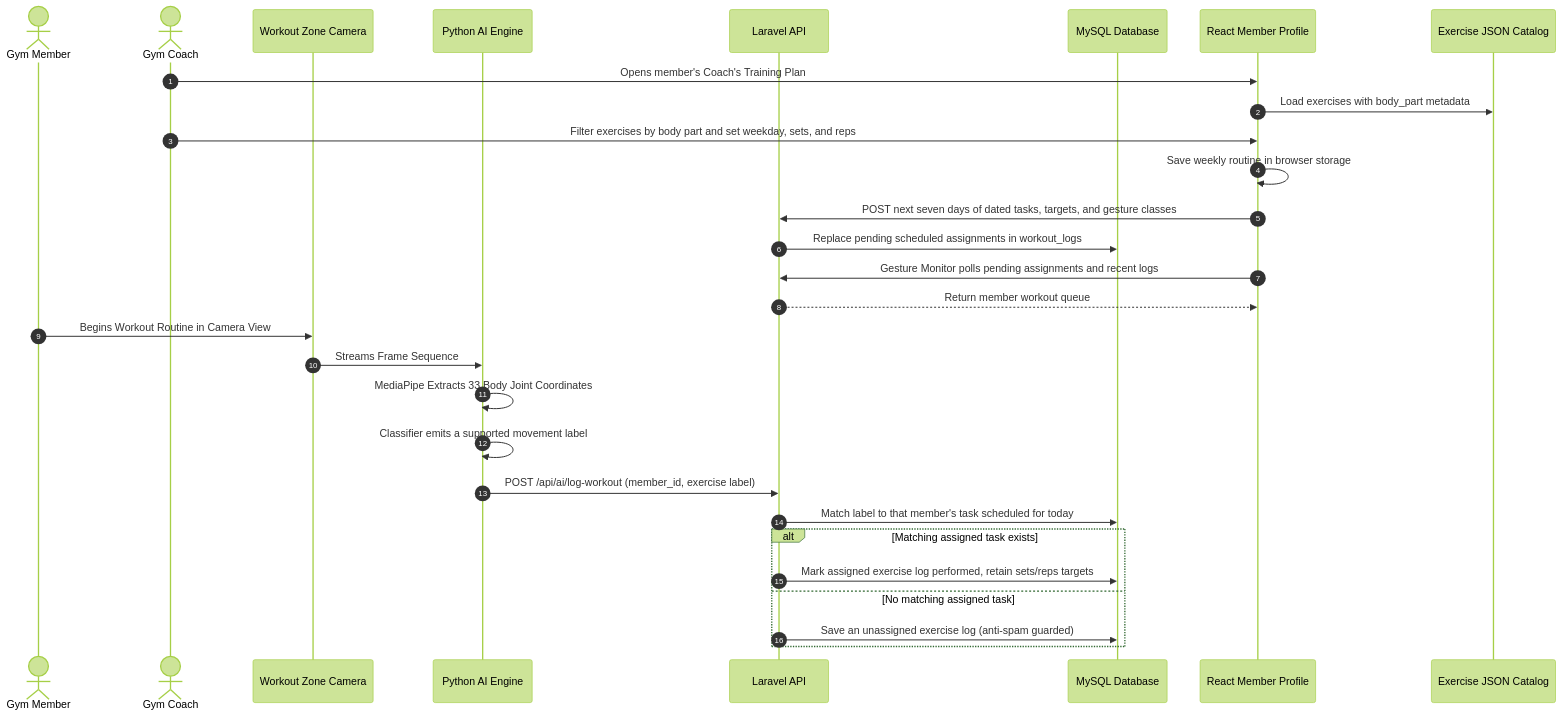
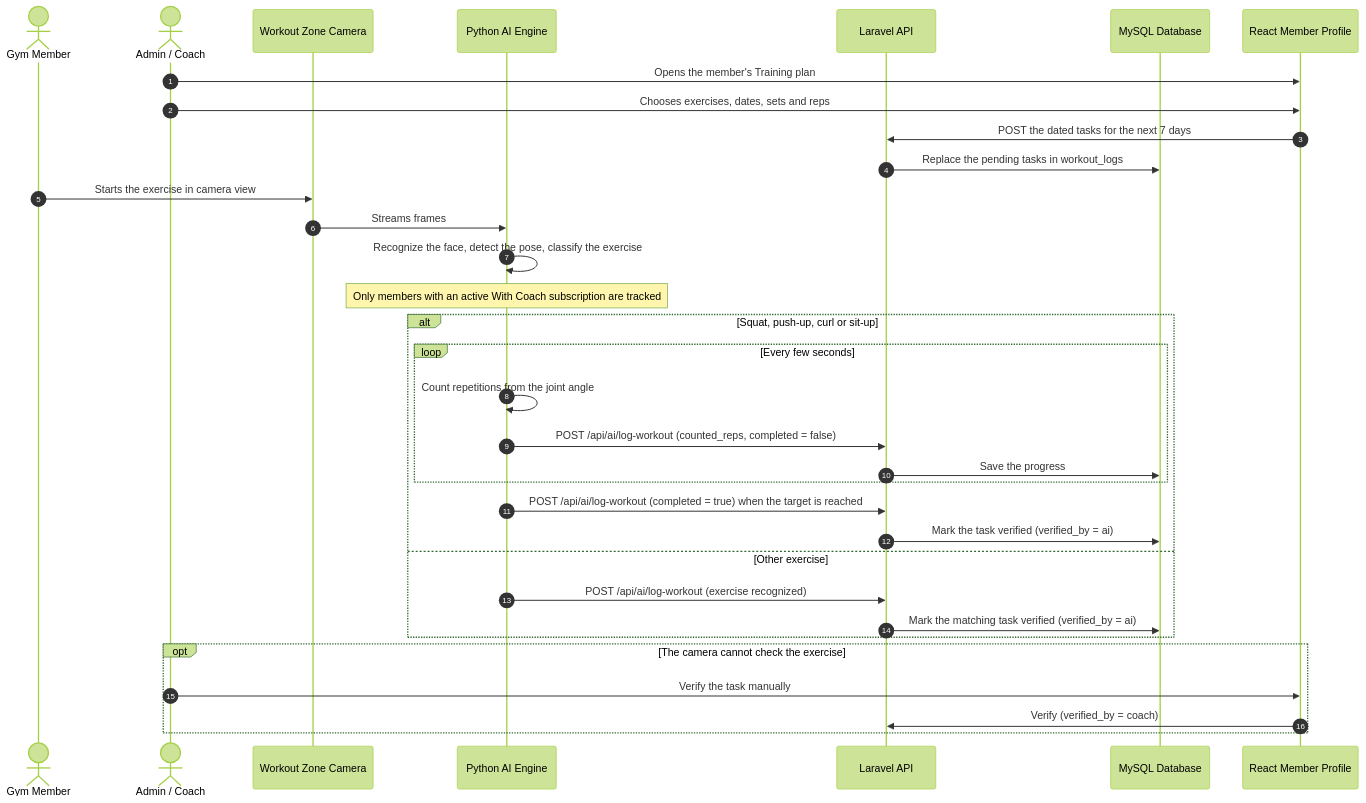
One commit to Plonteras191/GYM2-CAPSTONE changed the seventh of 7 diagrams in DOCUMENTATION/Product Requirements Documents/System diagrams/System Diagrams.md. Above: the diagram before and after it, drawn with Mermaid (forest theme). The commit also changed other lines of this file and 3 other files, not shown here.

First line of the commit message:
docs(prd): update architecture, database, system diagrams and user technical documentation to v2.0

````diff
--- a/DOCUMENTATION/Product Requirements Documents/System diagrams/System Diagrams.md
+++ b/DOCUMENTATION/Product Requirements Documents/System diagrams/System Diagrams.md
@@ -366,33 +372,39 @@
 ```mermaid
 sequenceDiagram
     autonumber
     actor Member as Gym Member
-    actor Coach as Gym Coach
+    actor Coach as Admin / Coach
     participant Cam as Workout Zone Camera
     participant Py as Python AI Engine
     participant LV as Laravel API
     participant DB as MySQL Database
     participant UI as React Member Profile
-    participant Catalog as Exercise JSON Catalog
 
-    Coach->>UI: Opens member's Coach's Training Plan
-    UI->>Catalog: Load exercises with body_part metadata
-    Coach->>UI: Filter exercises by body part and set weekday, sets, and reps
-    UI->>UI: Save weekly routine in browser storage
-    UI->>LV: POST next seven days of dated tasks, targets, and gesture classes
-    LV->>DB: Replace pending scheduled assignments in workout_logs
-    UI->>LV: Gesture Monitor polls pending assignments and recent logs
-    LV-->>UI: Return member workout queue
-    
-    Member->>Cam: Begins Workout Routine in Camera View
-    Cam->>Py: Streams Frame Sequence
-    Py->>Py: MediaPipe Extracts 33 Body Joint Coordinates
-    Py->>Py: Classifier emits a supported movement label
-    Py->>LV: POST /api/ai/log-workout (member_id, exercise label)
-    LV->>DB: Match label to that member's task scheduled for today
-    alt Matching assigned task exists
-        LV->>DB: Mark assigned exercise log performed, retain sets/reps targets
-    else No matching assigned task
-        LV->>DB: Save an unassigned exercise log (anti-spam guarded)
+    Coach->>UI: Opens the member's Training plan
+    Coach->>UI: Chooses exercises, dates, sets and reps
+    UI->>LV: POST the dated tasks for the next 7 days
+    LV->>DB: Replace the pending tasks in workout_logs
+
+    Member->>Cam: Starts the exercise in camera view
+    Cam->>Py: Streams frames
+    Py->>Py: Recognize the face, detect the pose, classify the exercise
+    Note over Py: Only members with an active With Coach subscription are tracked
+
+    alt Squat, push-up, curl or sit-up
+        loop Every few seconds
+            Py->>Py: Count repetitions from the joint angle
+            Py->>LV: POST /api/ai/log-workout (counted_reps, completed = false)
+            LV->>DB: Save the progress
+        end
+        Py->>LV: POST /api/ai/log-workout (completed = true) when the target is reached
+        LV->>DB: Mark the task verified (verified_by = ai)
+    else Other exercise
+        Py->>LV: POST /api/ai/log-workout (exercise recognized)
+        LV->>DB: Mark the matching task verified (verified_by = ai)
+    end
+
+    opt The camera cannot check the exercise
+        Coach->>UI: Verify the task manually
+        UI->>LV: Verify (verified_by = coach)
     end
 ```
````
